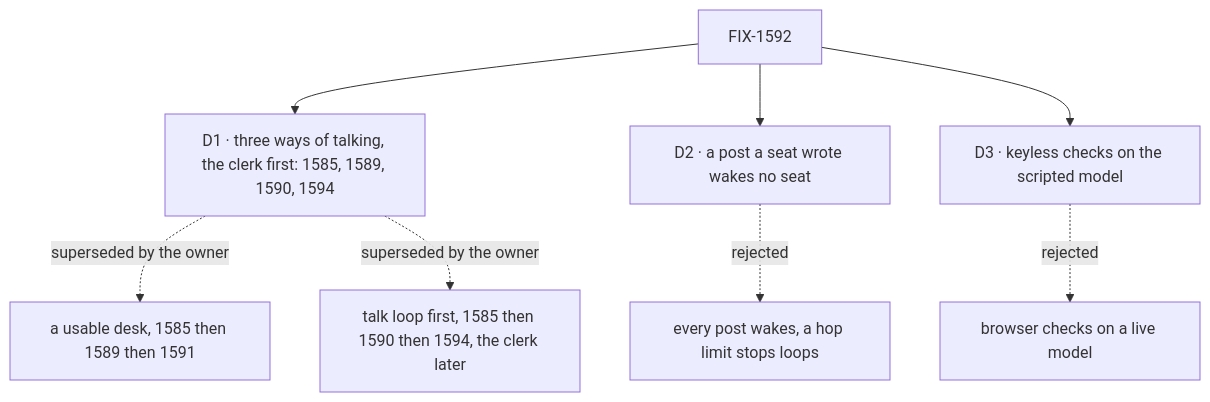
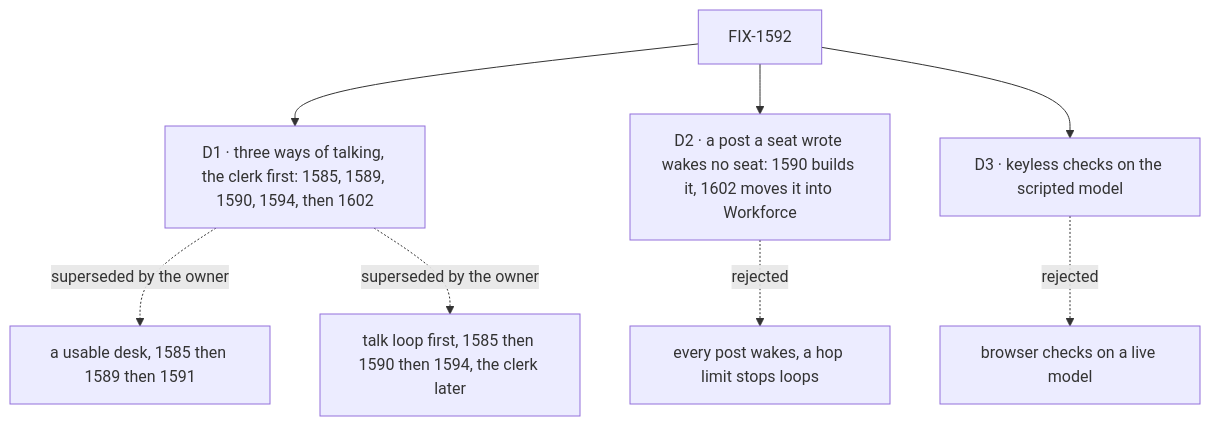
Before and after one commit to fixpoint-labs/flow-state-dev: the diagram in specs/epics/FIX-1592/DECISIONS.md, drawn with Mermaid. The commit also changed other lines of this file and 14 other files, not shown here.

````diff
--- a/specs/epics/FIX-1592/DECISIONS.md
+++ b/specs/epics/FIX-1592/DECISIONS.md
@@ -11,10 +11,10 @@
 ```mermaid
 flowchart TD
-  E["FIX-1592"] --> D1["D1 · three ways of talking, the clerk first: 1585, 1589, 1590, 1594"]
+  E["FIX-1592"] --> D1["D1 · three ways of talking, the clerk first: 1585, 1589, 1590, 1594, then 1602"]
   D1 -.->|"superseded by the owner"| X1["a usable desk, 1585 then 1589 then 1591"]
   D1 -.->|"superseded by the owner"| X1b["talk loop first, 1585 then 1590 then 1594, the clerk later"]
-  E --> D2["D2 · a post a seat wrote wakes no seat"]
+  E --> D2["D2 · a post a seat wrote wakes no seat: 1590 builds it, 1602 moves it into Workforce"]
   D2 -.->|"rejected"| X2["every post wakes, a hop limit stops loops"]
   E --> D3["D3 · keyless checks on the scripted model"]
   D3 -.->|"rejected"| X3["browser checks on a live model"]
 ```
````
